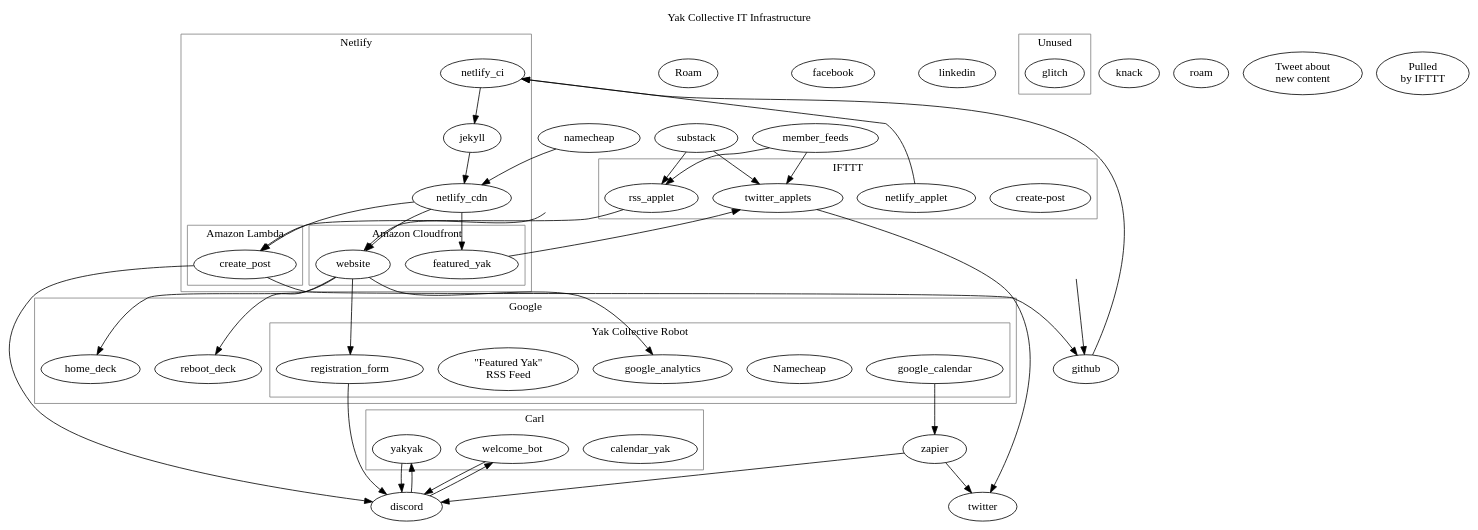
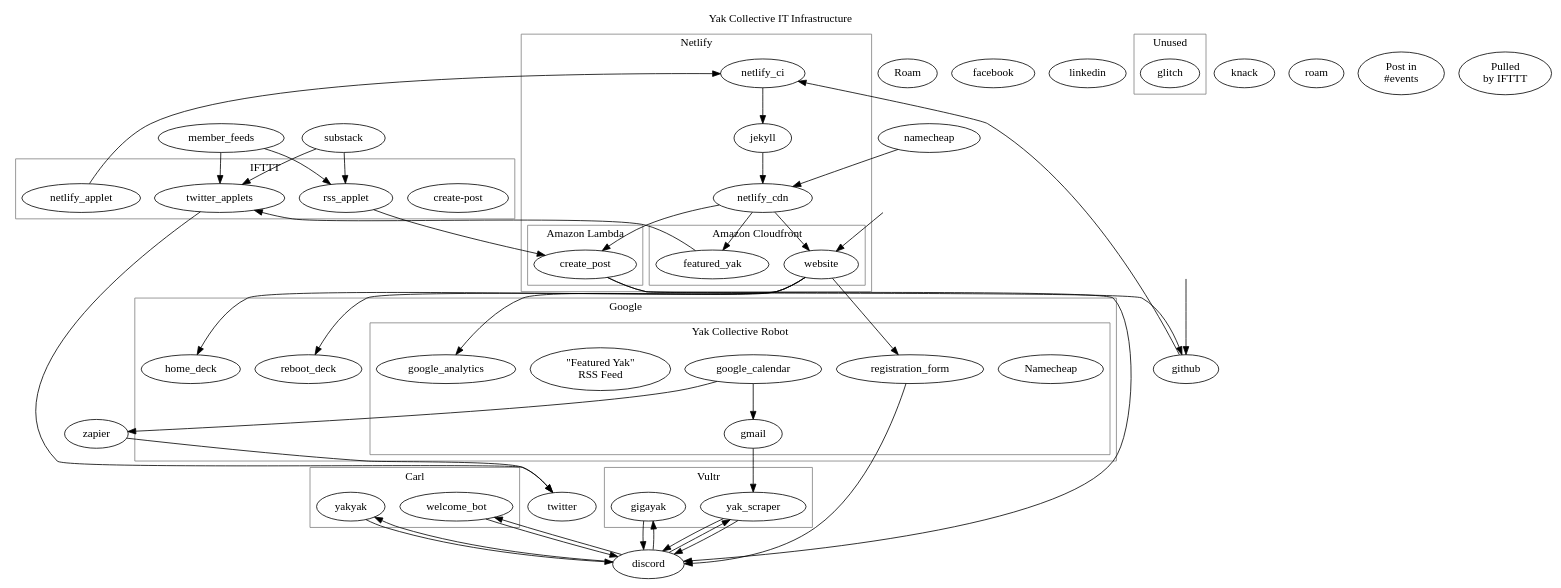
One commit to tilnow/docjs changed the diagram in infrastructure.dot. Above: the diagram before and after it, drawn with Graphviz. The commit also changed 1 other file, not shown here.

```diff
--- a/infrastructure.dot
+++ b/infrastructure.dot
@@ -1,159 +1,177 @@
 # A dot file which includes all (known) Yak Collective IT
 # infrastructure.
 #
 # Unlike standard Graphviz dot, we define some macros (in `macros.sed`)
 # that need to be replaced pre-render. You should familiarize yourself
 # with that file before editing this one.
 
 digraph yak_infrastructure {
 	labelloc = "t";
 	label = "Yak Collective IT Infrastructure";
 	labelURL = "https://roamresearch.com/#/app/ArtOfGig/page/6fhTlx1p_";
 
 	# Components
 	#
 	subgraph cluster_google {
 		labelloc = "t";
 		label = "Google";
 		color = "gray";
 
 		subgraph cluster_robot {
 			labelloc = "t";
 			label = "Yak Collective Robot";
 			labelURL = "https://roamresearch.com/#/app/ArtOfGig/page/bRd-QWJA0";
 			color = "gray";
 
+			gmail INTERNAL_SERVICE [label = "Gmail"] [URL = "https://roamresearch.com/#/app/ArtOfGig/page/bRd-QWJA0"];
 			google_analytics INTERNAL_SERVICE [label = "Google\nAnalytics"] [URL = "https://roamresearch.com/#/app/ArtOfGig/page/gkim0kNQ8"];
 			google_calendar STATIC_DATA [label = "Google\nCalendar"] [URL = "https://roamresearch.com/#/app/ArtOfGig/page/5JAKKBvdi"];
 			registration_form STATIC_DATA [label = "Registration\nForm"] [URL = "https://roamresearch.com/#/app/ArtOfGig/page/oG9FwDcRH"];
 		}
 
 		reboot_deck STATIC_DATA [label = "\"Don't Waste the\nReboot\" deck"] [URL = "https://roamresearch.com/#/app/ArtOfGig/page/s7km8fEQp"];
 		home_deck STATIC_DATA [label = "\"The New Old\nHome\" deck"] [URL = "https://roamresearch.com/#/app/ArtOfGig/page/sGxc8YzrD"];
 	}
 
 	zapier INTERNAL_SERVICE [label = "Zapier"] [URL = "https://roamresearch.com/#/app/ArtOfGig/page/WW4JidMuQ"];
 
+	subgraph cluster_vultr {
+		labelloc = "t";
+		label = "Vultr";
+		labelURL = "https://roamresearch.com/#/app/ArtOfGig/page/WpgCSZdjg";
+		color = "gray";
+
+		yak_scraper APPLET [label = "yak_scraper"] [URL = "https://roamresearch.com/#/app/ArtOfGig/page/AaFxsbkdW"];
+		gigayak APPLET [label = "gigayak"] [URL = "https://roamresearch.com/#/app/ArtOfGig/page/_1voFfg7g"];
+	}
+
 	subgraph cluster_carl {
 		labelloc = "t";
 		label = "Carl";
 		labelURL = "https://roamresearch.com/#/app/ArtOfGig/page/wfmK-RIl1";
 		color = "gray";
 
-		calendar_yak APPLET [label = "calendar_yak"] [URL = "https://roamresearch.com/#/app/ArtOfGig/page/4lz1jh2sn"];
 		welcome_bot APPLET [label = "welcome_bot"] [URL = "https://roamresearch.com/#/app/ArtOfGig/page/S_Xkw1vVi"];
 		yakyak  APPLET [label = "yakyak"] [URL = "https://roamresearch.com/#/app/ArtOfGig/page/Q1LoZ_dE4"];
 	}
 
 	discord EXTERNAL_SERVICE [label = "Discord"] [URL = "https://roamresearch.com/#/app/ArtOfGig/page/AsI1N4yGZ"];
 
 	substack EXTERNAL_SERVICE [label = "Substack"] [URL = "https://roamresearch.com/#/app/ArtOfGig/page/kMaCo6Xc-"];
 
 	member_feeds STATIC_DATA [label = "Member RSS\nFeeds"] [URL = "https://roamresearch.com/#/app/ArtOfGig/page/RLF445t5m"];
 
 	twitter EXTERNAL_SERVICE [label = "Twitter"] [URL = "https://roamresearch.com/#/app/ArtOfGig/page/ssp9sORuP"];
 	facebook EXTERNAL_SERVICE [label = "Facebook"] [URL = "https://roamresearch.com/#/app/ArtOfGig/page/WZKSWTGz5"];
 	linkedin EXTERNAL_SERVICE [label = "LinkedIn"] [URL = "https://roamresearch.com/#/app/ArtOfGig/page/M17w4lZJB"];
 
 	subgraph cluster_unused {
 		labelloc = "t";
 		label = "Unused";
 		color = "gray";
 
 		glitch INTERNAL_SERVICE [label = "Glitch"] [URL = "https://roamresearch.com/#/app/ArtOfGig/page/bTxU0ABQS"];
 	}
 
 	subgraph cluster_ifttt {
 		labelloc = "t";
 		label = "IFTTT";
 		labelURL = "https://roamresearch.com/#/app/ArtOfGig/page/1jMx-b5Fs";
 		color = "gray";
 
 		rss_applet APPLET [label = "create-post\nApplets"] [URL = "https://roamresearch.com/#/app/ArtOfGig/page/ucCeiIsih"];
 		twitter_applets APPLET [label = "Twitter\nApplets"] [URL = "https://roamresearch.com/#/app/ArtOfGig/page/j7DInC9sg"];
 		netlify_applet APPLET [label = "Netlify Build\nHook Applet"] [URL = "https://roamresearch.com/#/app/ArtOfGig/page/EWP06EjZH"];
 	}
 
 	github INTERNAL_SERVICE [label = "GitHub"] [URL = "https://roamresearch.com/#/app/ArtOfGig/page/1PVNV7Ell"];
 
 	subgraph cluster_netlify {
 		labelloc = "t";
 		label = "Netlify";
 		labelURL = "https://roamresearch.com/#/app/ArtOfGig/page/SVNduLQJn";
 		color = "gray";
 
 		netlify_ci INTERNAL_SERVICE [label = "Netlify Continuous\nIntegration"] [URL = "https://roamresearch.com/#/app/ArtOfGig/page/lfZqzDmtI"];
 		jekyll APPLET [label = "Jekyll"] [URL = "https://roamresearch.com/#/app/ArtOfGig/page/fF35dWNYl"];
 		netlify_cdn INTERNAL_SERVICE [label = "Netlify\nCDN"] [URL = "https://roamresearch.com/#/app/ArtOfGig/page/R-E2CDAe2"];
 
 		subgraph cluster_cloudfront {
 			labelloc = "t";
 			label = "Amazon Cloudfront";
 			color = "gray";
 
 			website STATIC_DATA [label = "Yak Collective\nWebsite"] [URL = "https://roamresearch.com/#/app/ArtOfGig/page/h0Wx539Oq"];
 			featured_yak STATIC_DATA [label = "\"Featured Yak\"\nRSS Feed"] [URL = "https://roamresearch.com/#/app/ArtOfGig/page/ZzuH6YDFq"];
 		}
 
 		subgraph cluster_lambda {
 			labelloc = "t";
 			label = "Amazon Lambda";
 			color = "gray";
 
 			create_post APPLET [label = "create-post"] [URL = "https://roamresearch.com/#/app/ArtOfGig/page/wDK81GyfO"];
 		}
 	}
 
 	namecheap INTERNAL_SERVICE [label = "Namecheap"] [URL = "https://roamresearch.com/#/app/ArtOfGig/page/SrB_NQUiU"];
 	knack EXTERNAL_SERVICE [label = "Knack"] [URL = "https://roamresearch.com/#/app/ArtOfGig/page/FDjmLsCeR"];
 	roam EXTERNAL_SERVICE [label = "Roam"] [URL = "https://roamresearch.com/#/app/ArtOfGig/page/FEPWC0DLJ"];
 
 	# Hidden user interaction nodes
 	#
 	visitor  [shape = plaintext] [label = ""];
 	developer  [shape = plaintext] [label = ""];
 
 	# Website data flows to Google
 	#
 	website -> google_analytics AUTO_DATA [label = "Visitor analytics"];
 	website -> {reboot_deck, home_deck} USER_DATA [label = "Google Slides / PDF"];
 
 	# Member registration flow
 	#
 	visitor -> website USER_DATA [label = "Website visitor"];
 	website -> registration_form USER_DATA [label = "Sign up form\n(minimal data)"];
 	registration_form -> discord USER_DATA [label = "Invite link"];
 	discord -> {welcome_bot, yakyak} AUTO_DATA [label = "New user\nnotification / data"];
 	welcome_bot -> discord AUTO_DATA [label = "Welcome message\nseries"];
 	yakyak -> discord AUTO_DATA [label = "Prune inactive\nusers"];
 
+	# Member interactions
+	#
+	discord -> {gigayak, yak_scraper} USER_DATA [label = "User\ncommand"];
+	{gigayak, yak_scraper} -> discord USER_DATA [label = "Requested info or\nacknowledgement"];
+
 	# Building the website
 	#
 	developer -> github USER_DATA [label = "Git commit"];
 	github -> netlify_ci AUTO_DATA [label = "Repo contents pushed\non commit"];
 	netlify_applet -> netlify_ci AUTO_DATA [label = "Trigger rebuild\nevery 24 hours"];
 	netlify_ci -> jekyll AUTO_DATA [label = "Build website"];
 	jekyll -> netlify_cdn AUTO_DATA [label = "Optimize & deploy\nwebsite files"];
 	namecheap -> netlify_cdn AUTO_DATA [label = "DNS information"];
 	netlify_cdn -> {website, featured_yak} AUTO_DATA [label = "Push to Amazon\nCloudfront"];
 	netlify_cdn -> create_post AUTO_DATA [label = "Create Amazon\nLambda function"];
 
 	# Various RSS feeds to the website/Discord
 	#
 	{member_feeds, substack} -> rss_applet USER_DATA [label = "Pulled\nby IFTTT"];
 	rss_applet -> create_post AUTO_DATA [label = "RSS post data\nto webhook"];
 	create_post -> github AUTO_DATA [label = "Commit new\nmember post"];
 	create_post -> discord AUTO_DATA [label = "Post in\n#yaktalk-content"];
 
 	# Various RSS feeds to Twitter/Discord
 	#
 	{member_feeds, substack} -> twitter_applets USER_DATA [label = "Pulled\nby IFTTT"];
 	featured_yak -> twitter_applets AUTO_DATA [label = "Pulled\nby IFTTT"];
 	twitter_applets -> twitter AUTO_DATA [label = "Tweet about\nnew content"];
 
 	# Google Calendar  ->  Twitter/Discord
 	#
 	google_calendar -> zapier AUTO_DATA [label = "Pulled by\nZapier"];
-	zapier -> discord AUTO_DATA [label = "Post in\n#events"];
 	zapier -> twitter AUTO_DATA [label = "Tweet about\nnew content"];
+
+	google_calendar -> gmail AUTO_DATA [label = "Notification and\nagenda emails"];
+	gmail -> yak_scraper AUTO_DATA [label = "Gmail\nAPI"];
+	yak_scraper -> discord AUTO_DATA [label = "Post in\n#events"];
 }
```
